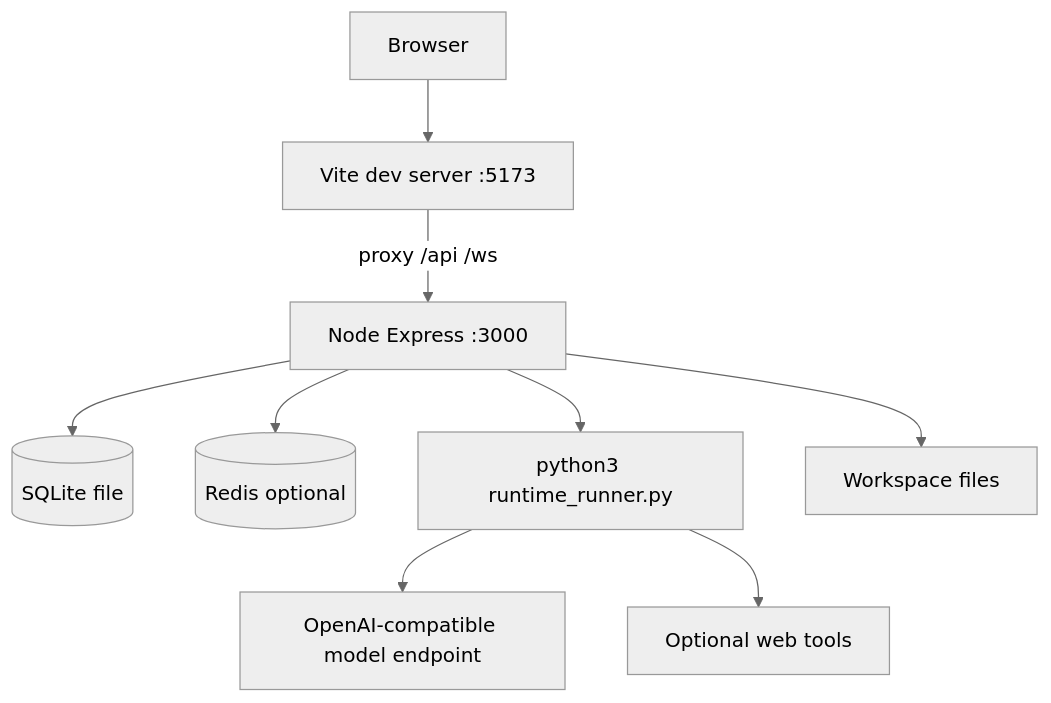
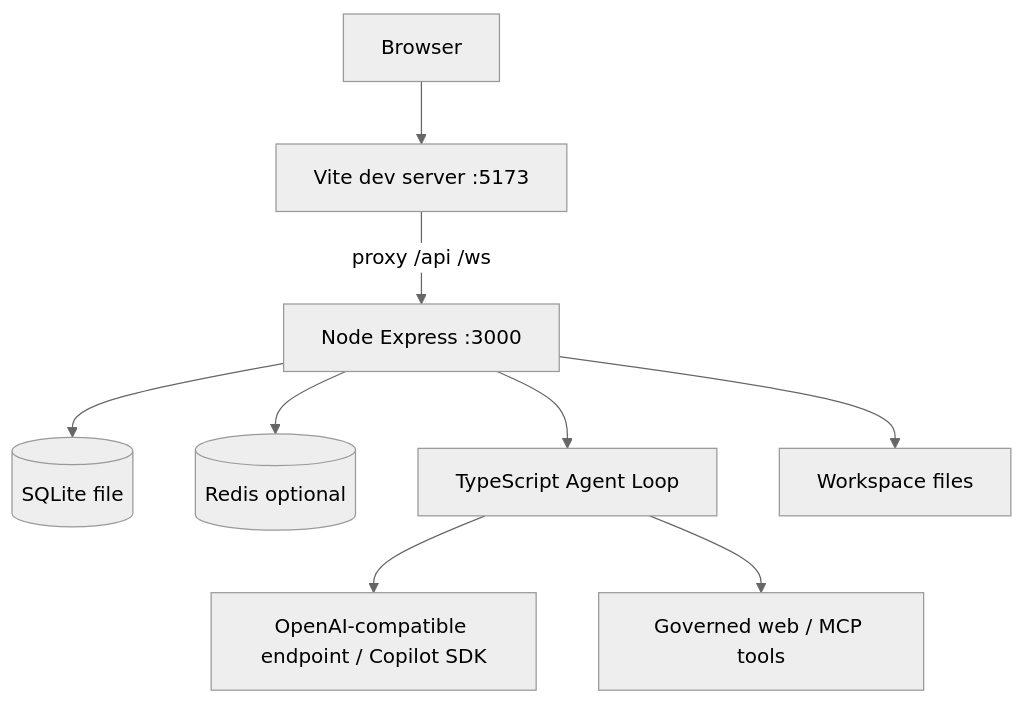
One commit to Zchary1106/Myrmecia changed diagram 14 of 14 in docs/ARCHITECTURE.md. Above: the diagram before and after it, drawn with Mermaid (neutral theme). The commit also changed other lines of this file and 271 other files, not shown here.

Commit message:
feat: complete workspace lifecycle and agent runtime governance

````diff
--- a/docs/ARCHITECTURE.md
+++ b/docs/ARCHITECTURE.md
@@ -703,11 +702,11 @@
 ```mermaid
 flowchart TB
   Browser[Browser] --> Vite[Vite dev server :5173]
   Vite -->|proxy /api /ws| Node[Node Express :3000]
   Node --> SQLite[(SQLite file)]
   Node --> Redis[(Redis optional)]
-  Node --> Python[python3 runtime_runner.py]
-  Python --> ModelEndpoint[OpenAI-compatible model endpoint]
-  Python --> Internet[Optional web tools]
+  Node --> TSLoop[TypeScript Agent Loop]
+  TSLoop --> ModelEndpoint[OpenAI-compatible endpoint / Copilot SDK]
+  TSLoop --> Internet[Governed web / MCP tools]
   Node --> Workspace[Workspace files]
 ```
````
